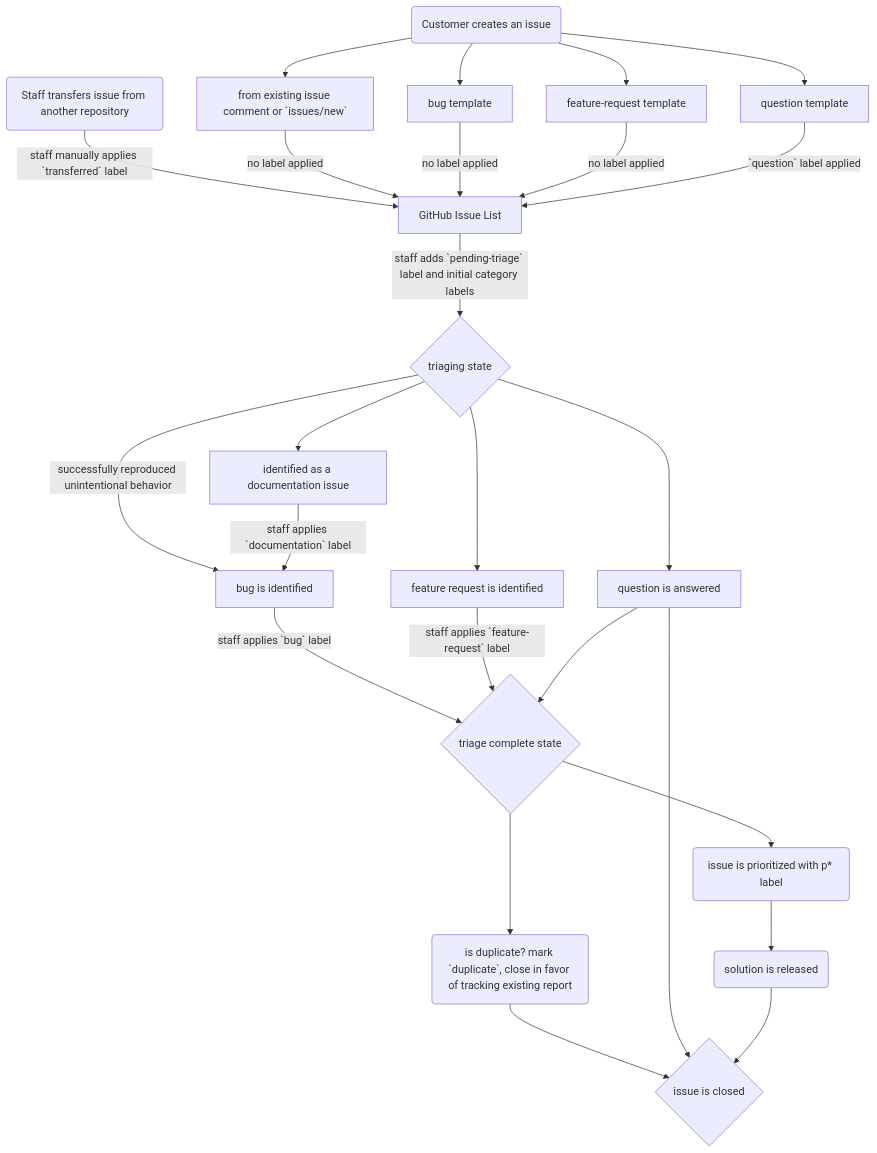
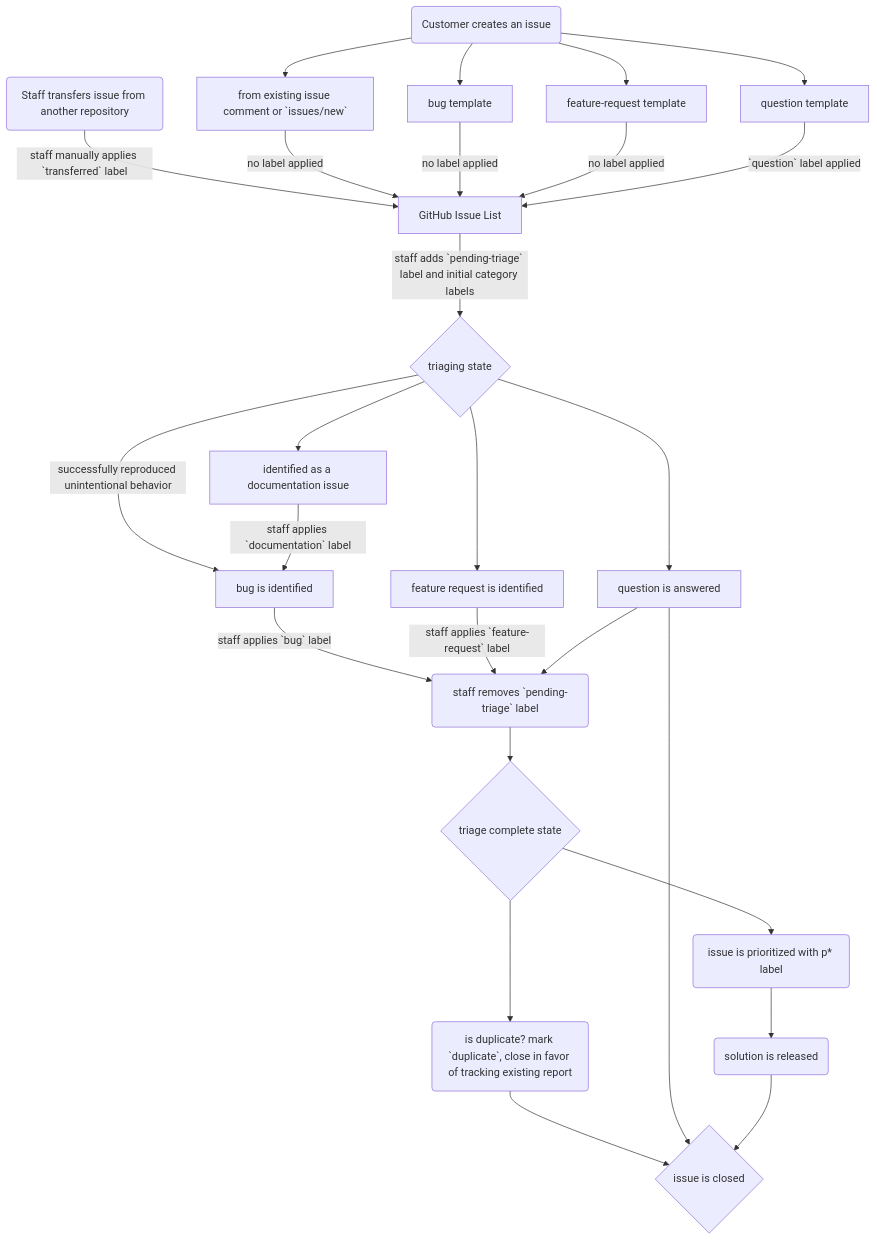
Before and after one commit to josefaidt/oss-notes: the diagram in triage-flowchart.md, drawn with Mermaid.

Commit message:
add action step for removing pending-triage label

````diff
--- a/triage-flowchart.md
+++ b/triage-flowchart.md
@@ -3,35 +3,37 @@
 ```mermaid
 graph TD
     A(Staff transfers issue from another repository) -->|staff manually applies `transferred` label| H[GitHub Issue List]
     B(Customer creates an issue)
     B --> D[from existing issue comment or `issues/new`]
     B --> E[bug template]
     B --> F[feature-request template]
     B --> G[question template]
     H[GitHub Issue List]
     D -->|no label applied| H
     E -->|no label applied| H
     F -->|no label applied| H
     G -->|`question` label applied| H
     I{triaging state}
     H -->|staff adds `pending-triage` label and initial category labels| I
     I -->|successfully reproduced unintentional behavior| J[bug is identified]
     I --> K[feature request is identified]
     I --> L[question is answered]
     I --> M[identified as a documentation issue]
     M -->|staff applies `documentation` label| J
+    N(staff removes `pending-triage` label)
+    J -->|staff applies `bug` label| N
+    K -->|staff applies `feature-request` label| N
+    L --> N
     O{triage complete state}
-    J -->|staff applies `bug` label| O
-    K -->|staff applies `feature-request` label| O
-    L --> O
+    N --> O
     P(issue is prioritized with p* label)
     Q(is duplicate? mark `duplicate`, close in favor of tracking existing report)
     O --> P
     O --> Q
     R(solution is released)
     P --> R
     Z{issue is closed}
     Q --> Z
     L --> Z
     R --> Z
 ```
````
